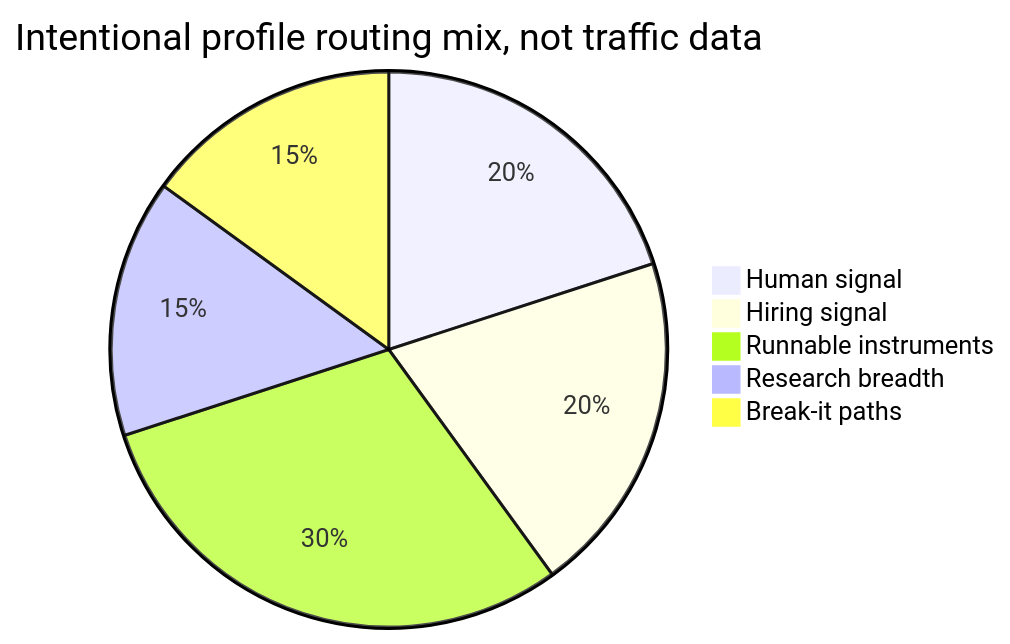
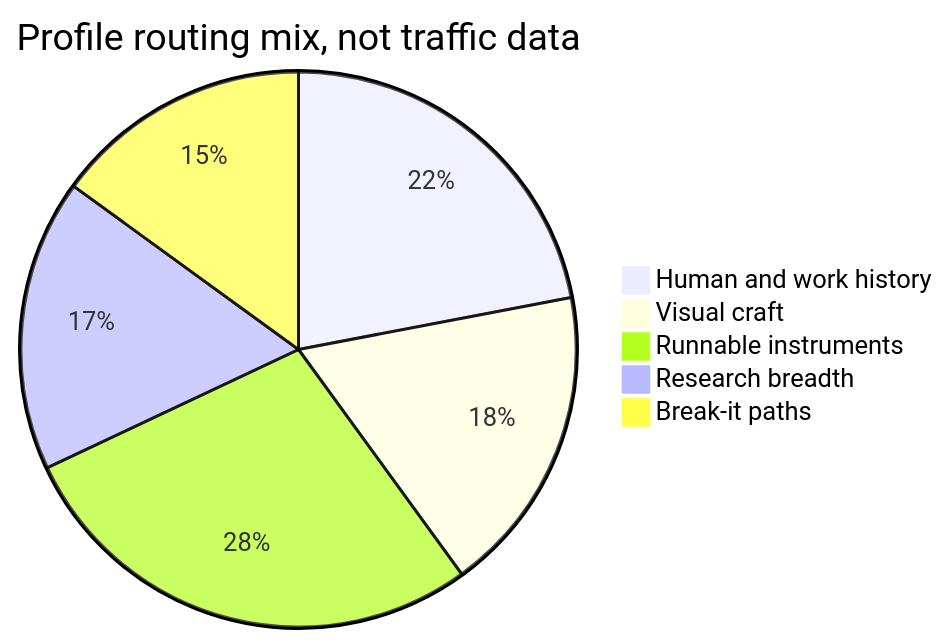
Before and after one commit to HarperZ9/HarperZ9: the second of 2 diagrams in README.md, drawn with Mermaid. The commit also changed other lines of this file and 4 other files, not shown here.

Commit message:
docs: rewrite profile around personal work history

````diff
--- a/README.md
+++ b/README.md
@@ -395,8 +411,8 @@
 ```mermaid
-pie title Intentional profile routing mix, not traffic data
-    "Human signal" : 20
-    "Hiring signal" : 20
-    "Runnable instruments" : 30
-    "Research breadth" : 15
+pie title Profile routing mix, not traffic data
+    "Human and work history" : 22
+    "Visual craft" : 18
+    "Runnable instruments" : 28
+    "Research breadth" : 17
     "Break-it paths" : 15
 ```
````
